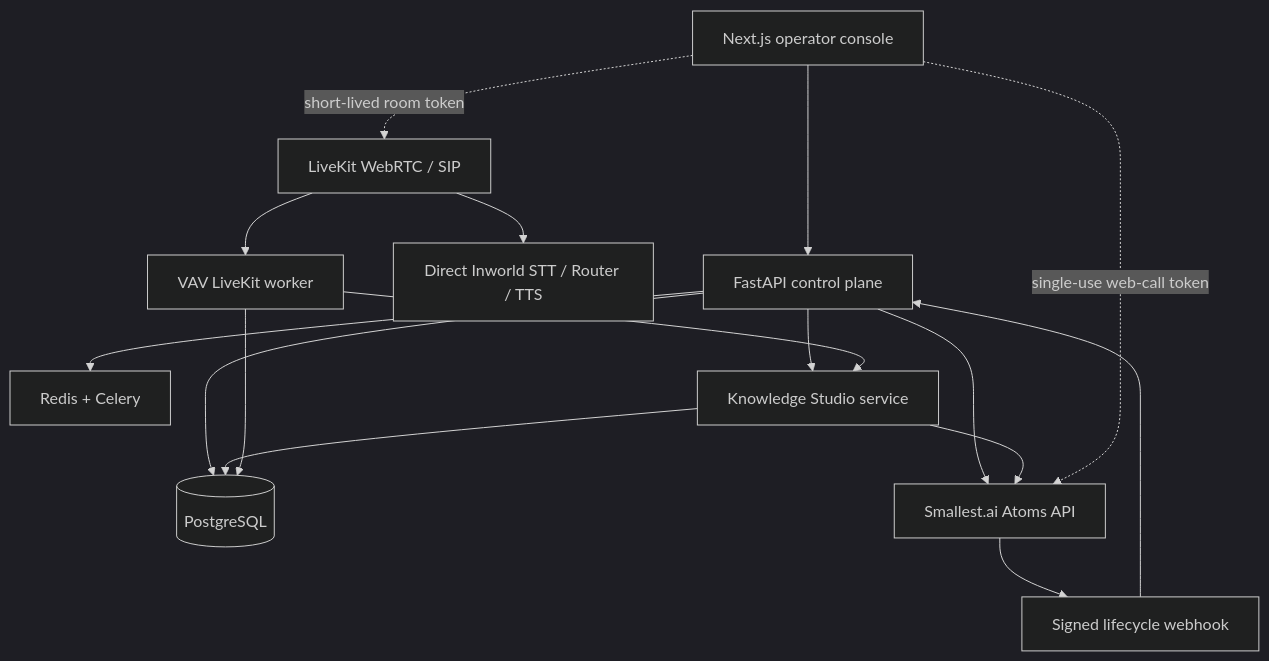
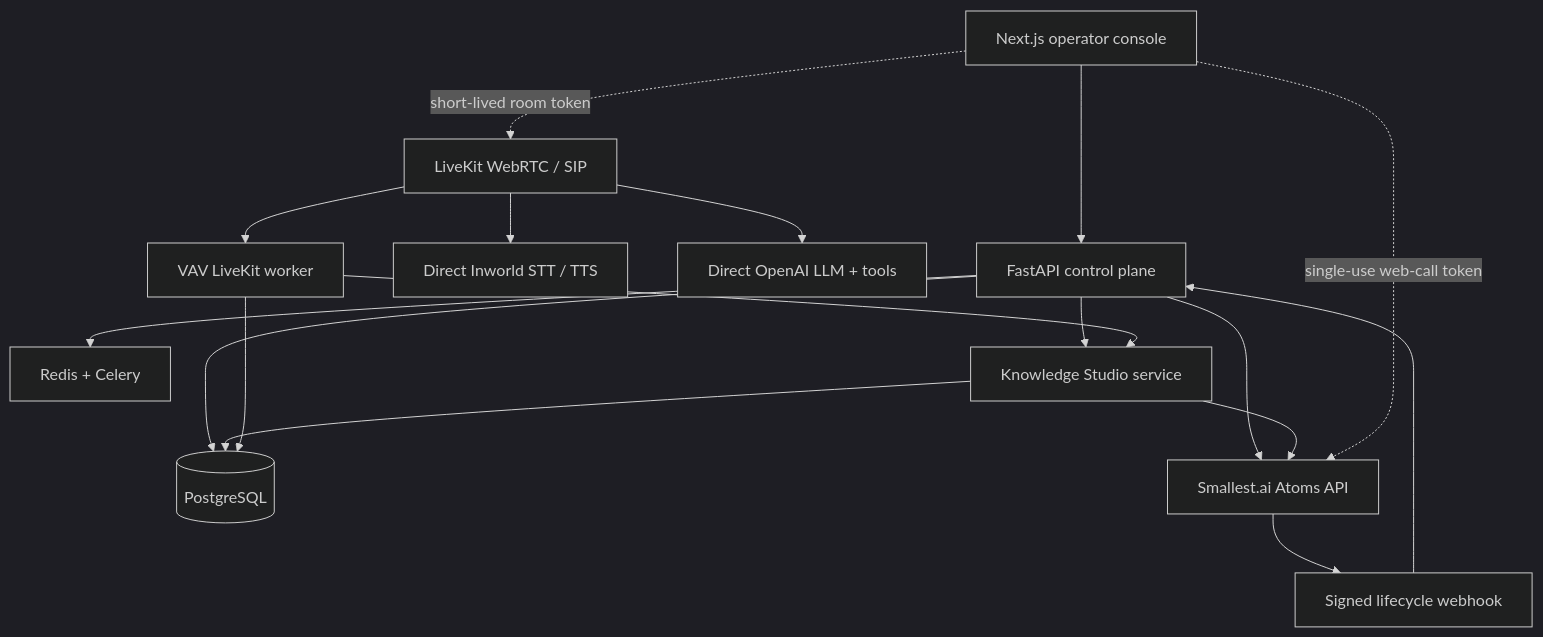
One commit to vimalvijayakumar1983/Voice-Ai-Agent changed the diagram in README.md. Above: the diagram before and after it, drawn with Mermaid (dark theme). The commit also changed other lines of this file and 6 other files, not shown here.

````diff
--- a/README.md
+++ b/README.md
@@ -25,18 +25,19 @@
 ```mermaid
 flowchart TD
     UI["Next.js operator console"] --> API["FastAPI control plane"]
     API --> DB[(PostgreSQL)]
     API --> Queue["Redis + Celery"]
     API --> Atoms["Smallest.ai Atoms API"]
     API --> Knowledge["Knowledge Studio service"]
     Knowledge --> DB
     Knowledge --> Atoms
     Atoms --> Hook["Signed lifecycle webhook"]
     Hook --> API
     UI -. "single-use web-call token" .-> Atoms
     UI -. "short-lived room token" .-> LiveKit["LiveKit WebRTC / SIP"]
-    LiveKit --> Inworld["Direct Inworld STT / Router / TTS"]
+    LiveKit --> Inworld["Direct Inworld STT / TTS"]
+    LiveKit --> OpenAI["Direct OpenAI LLM + tools"]
     LiveKit --> LKWorker["VAV LiveKit worker"]
     LKWorker --> DB
     LKWorker --> Knowledge
 ```
````
